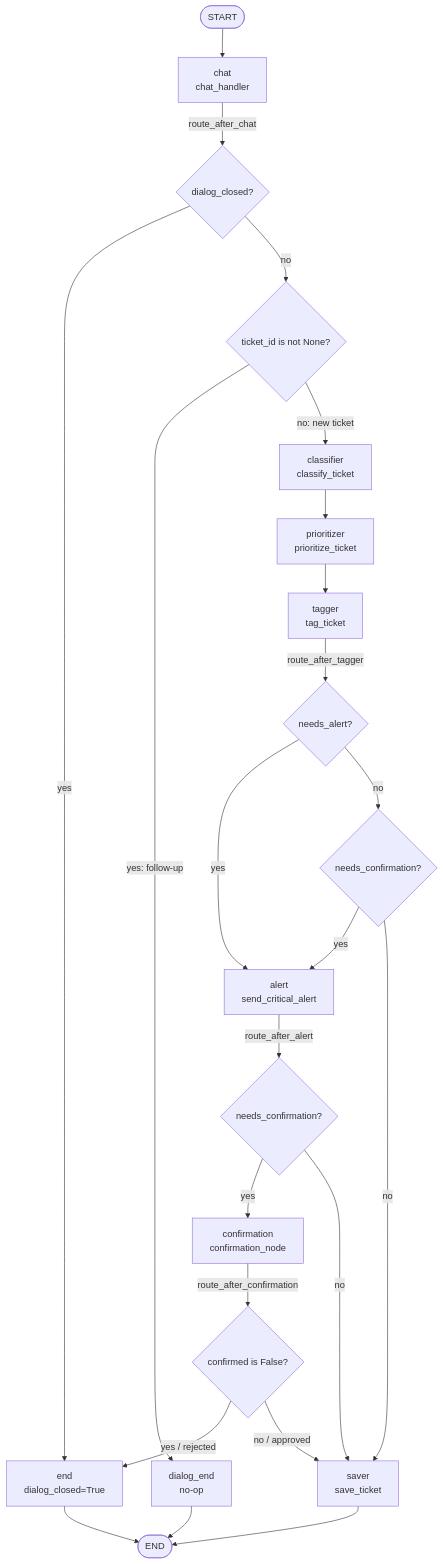
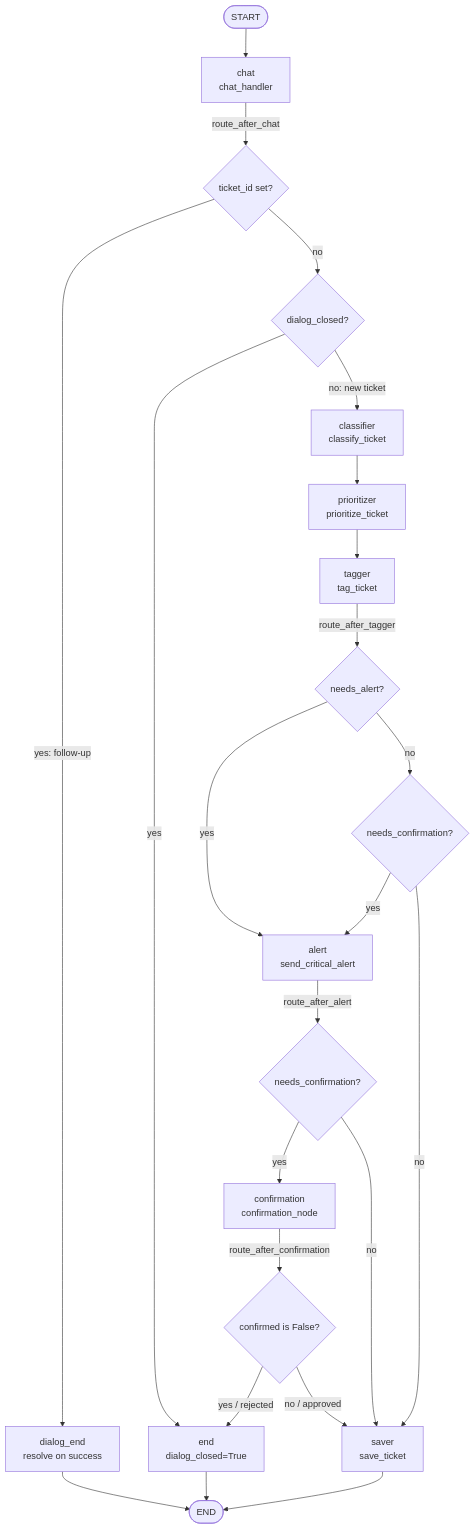
The diagram in README.md (aryabchi/support-ai), drawn with Mermaid before and after one commit. The commit also changed other lines of this file and 2 other files, not shown here.

First line of the commit message:
Document RAG ops and E2E curl scenarios for follow-up chat.

````diff
--- a/README.md
+++ b/README.md
@@ -17,31 +17,31 @@
 ```mermaid
 flowchart TD
     START([START]) --> chat[chat<br/>chat_handler]
 
-    chat -->|route_after_chat| R0{dialog_closed?}
-    R0 -->|yes| endNode[end<br/>dialog_closed=True]
-    R0 -->|no| R0b{ticket_id is not None?}
-    R0b -->|yes: follow-up| dialogEnd[dialog_end<br/>no-op]
+    chat -->|route_after_chat| R0{ticket_id set?}
+    R0 -->|yes: follow-up| dialogEnd[dialog_end<br/>resolve on success]
+    R0 -->|no| R0b{dialog_closed?}
+    R0b -->|yes| endNode[end<br/>dialog_closed=True]
     R0b -->|no: new ticket| classifier[classifier<br/>classify_ticket]
 
     classifier --> prioritizer[prioritizer<br/>prioritize_ticket]
     prioritizer --> tagger[tagger<br/>tag_ticket]
 
     tagger -->|route_after_tagger| R1{needs_alert?}
     R1 -->|yes| alert[alert<br/>send_critical_alert]
     R1 -->|no| R2{needs_confirmation?}
     R2 -->|yes| alert
     R2 -->|no| saver[saver<br/>save_ticket]
 
     alert -->|route_after_alert| R3{needs_confirmation?}
     R3 -->|yes| confirmation[confirmation<br/>confirmation_node]
     R3 -->|no| saver
 
     confirmation -->|route_after_confirmation| R4{confirmed is False?}
     R4 -->|yes / rejected| endNode
     R4 -->|no / approved| saver
 
     saver --> END([END])
     endNode --> END
     dialogEnd --> END
 ```
````
